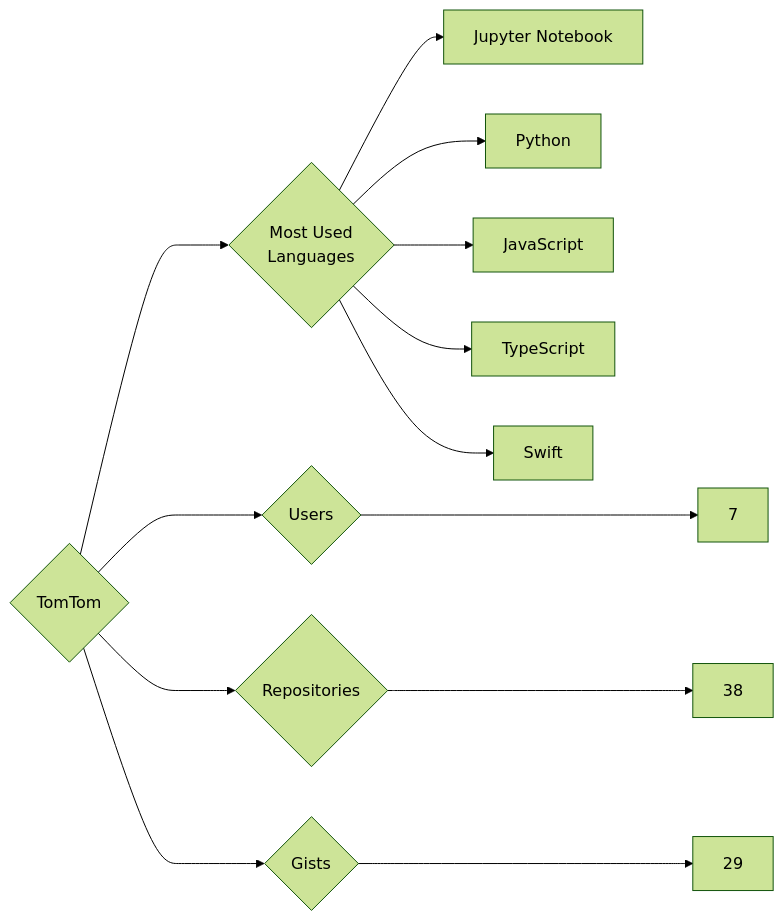
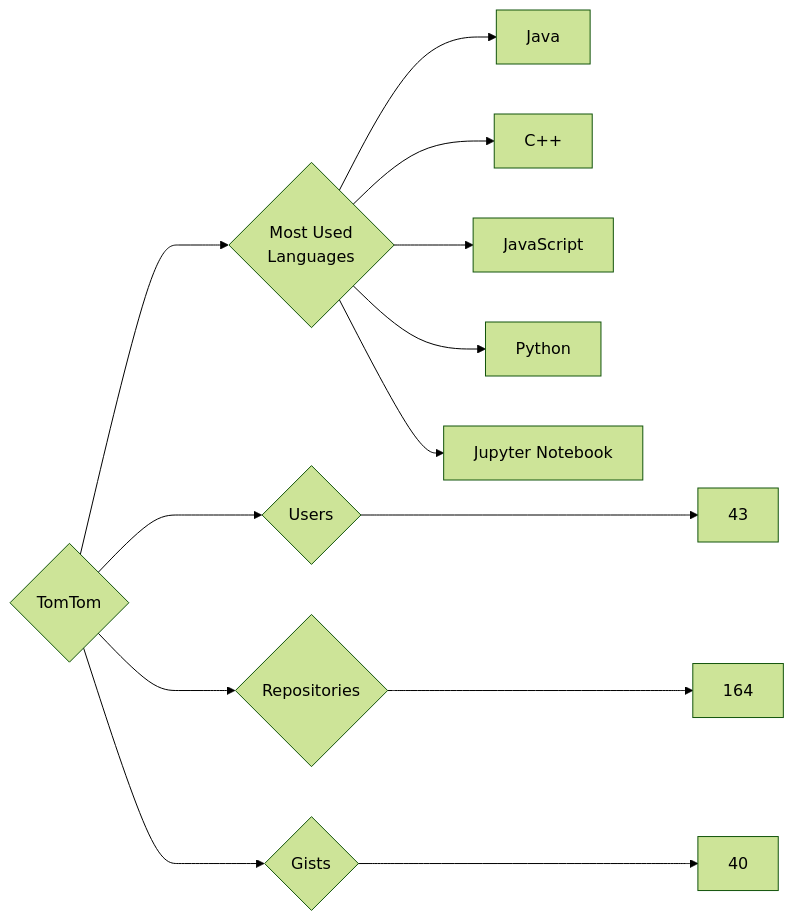
Before and after one commit to trickest/insiders: the diagram in targets/TomTom/README.md, drawn with Mermaid (forest theme). The commit also changed 898 other files, not shown here.

````diff
--- a/targets/TomTom/README.md
+++ b/targets/TomTom/README.md
@@ -3,13 +3,13 @@
 ```mermaid
 graph LR
 COMPANY_NAME{TomTom}
-COMPANY_NAME ---> U{Users} ---> UN[7]
-COMPANY_NAME ---> R{Repositories} ---> RN[38]
-COMPANY_NAME ---> G{Gists} ---> GN[29]
+COMPANY_NAME ---> U{Users} ---> UN[43]
+COMPANY_NAME ---> R{Repositories} ---> RN[164]
+COMPANY_NAME ---> G{Gists} ---> GN[40]
 COMPANY_NAME ---> ML{Most Used<br>Languages}
+ML --> Java[Java]
+ML --> C++[C++]
+ML --> JavaScript[JavaScript]
+ML --> Python[Python]
 ML --> Jupyter_Notebook[Jupyter Notebook]
-ML --> Python[Python]
-ML --> JavaScript[JavaScript]
-ML --> TypeScript[TypeScript]
-ML --> Swift[Swift]
 ```
````
